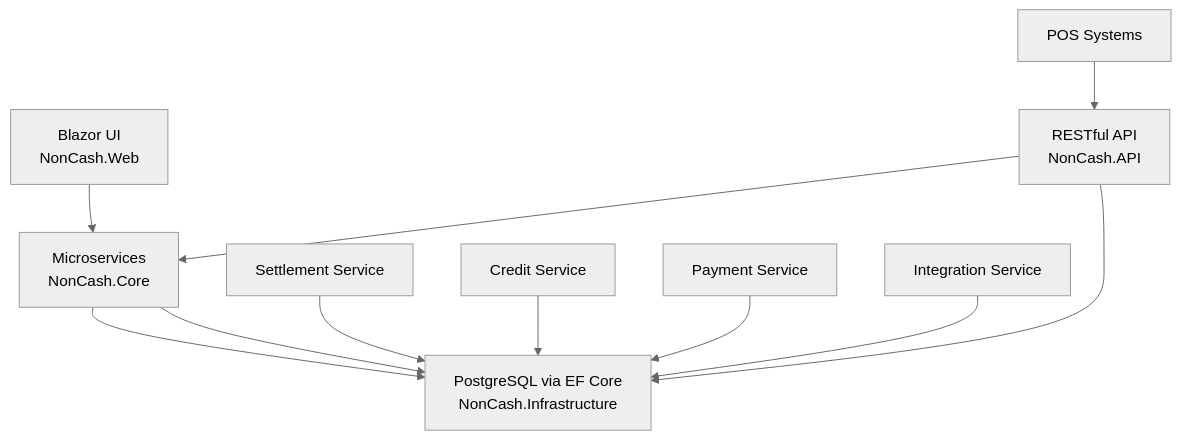
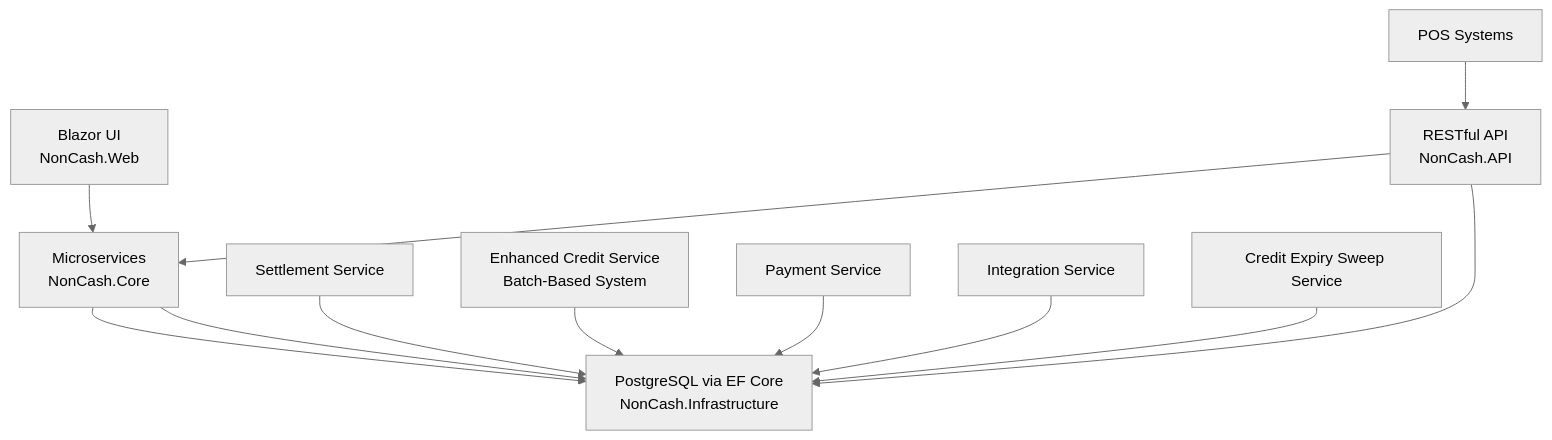
The second of 18 diagrams in .qoder/repowiki/en/content/Business Logic and Workflows/Business Logic and Workflows.md (lamhongbac/NonCash), drawn with Mermaid (neutral theme) before and after one commit. The commit also changed other lines of this file and 29 other files, not shown here.

````diff
--- a/.qoder/repowiki/en/content/Business Logic and Workflows/Business Logic and Workflows.md
+++ b/.qoder/repowiki/en/content/Business Logic and Workflows/Business Logic and Workflows.md
@@ -144,13 +159,14 @@
 ```mermaid
 graph TB
 UI["Blazor UI<br/>NonCash.Web"] --> BLL["Microservices<br/>NonCash.Core"]
 BLL --> DAL["PostgreSQL via EF Core<br/>NonCash.Infrastructure"]
 POS["POS Systems"] --> API["RESTful API<br/>NonCash.API"]
 API --> BLL
 API --> DAL
 BLL --> DAL
 SETTLEMENT["Settlement Service"] --> DAL
-CREDIT["Credit Service"] --> DAL
+CREDIT["Enhanced Credit Service<br/>Batch-Based System"] --> DAL
 PAYMENT["Payment Service"] --> DAL
 INTEGRATION["Integration Service"] --> DAL
+EXPIRY["Credit Expiry Sweep Service"] --> DAL
 ```
````
